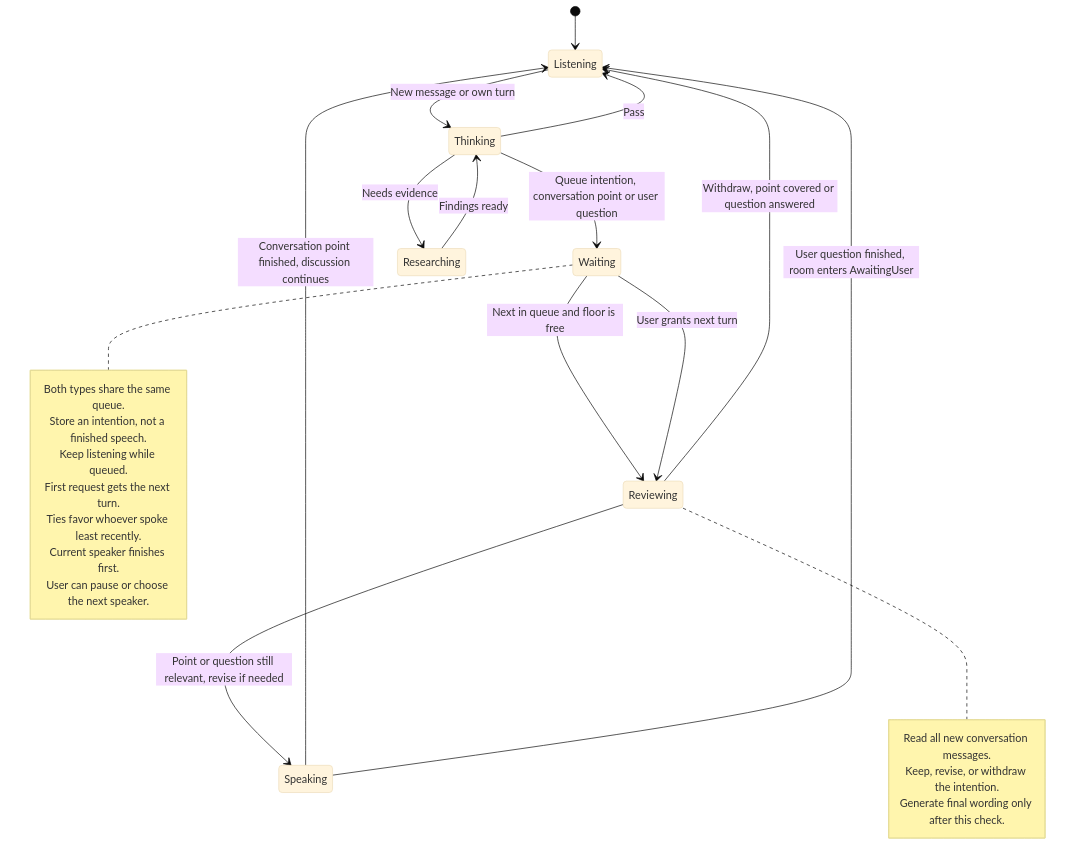
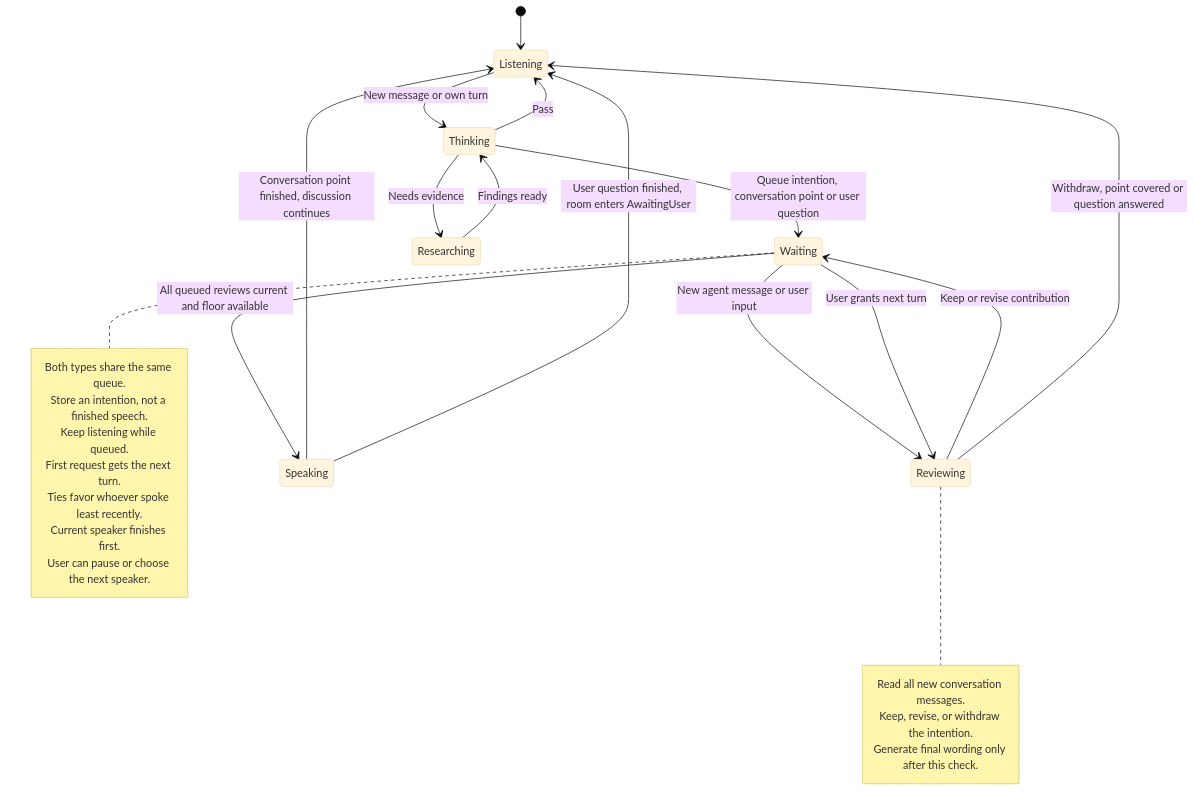
One commit to evansun06/i4s changed the second of 3 diagrams in docs/architecture.md. Above: the diagram before and after it, drawn with Mermaid (base theme). The commit also changed other lines of this file and 10 other files, not shown here.

````diff
--- a/docs/architecture.md
+++ b/docs/architecture.md
@@ -66,33 +66,34 @@
 ```mermaid
 stateDiagram-v2
     [*] --> Listening
 
     Listening --> Thinking: New message or own turn
     Thinking --> Listening: Pass
     Thinking --> Waiting: Queue intention, conversation point or user question
-    Waiting --> Reviewing: Next in queue and floor is free
+    Waiting --> Reviewing: New agent message or user input
     Waiting --> Reviewing: User grants next turn
-    Reviewing --> Speaking: Point or question still relevant, revise if needed
+    Reviewing --> Waiting: Keep or revise contribution
+    Waiting --> Speaking: All queued reviews current and floor available
     Reviewing --> Listening: Withdraw, point covered or question answered
     Speaking --> Listening: Conversation point finished, discussion continues
     Speaking --> Listening: User question finished, room enters AwaitingUser
 
     Thinking --> Researching: Needs evidence
     Researching --> Thinking: Findings ready
 
     note right of Waiting
         Both types share the same queue.
         Store an intention, not a finished speech.
         Keep listening while queued.
         First request gets the next turn.
         Ties favor whoever spoke least recently.
         Current speaker finishes first.
         User can pause or choose the next speaker.
     end note
 
     note right of Reviewing
         Read all new conversation messages.
         Keep, revise, or withdraw the intention.
         Generate final wording only after this check.
     end note
 ```
````
